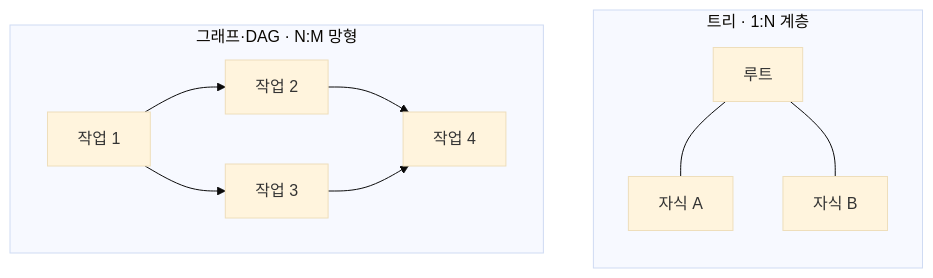
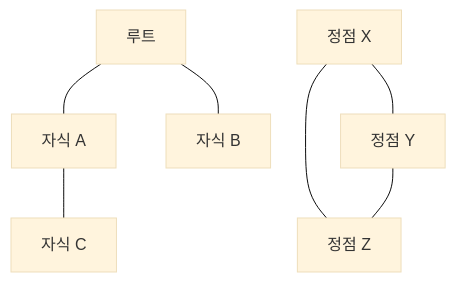
One commit to agnusdei1207/study changed the first of 2 diagrams in src/content/docs/notes/itpe/02-software-engineering/052_non_linear_structure.md. Above: the diagram before and after it, drawn with Mermaid (base theme). The commit also changed other lines of this file and 31 other files, not shown here.

Commit message:
docs(itpe): correct software engineering architecture and test notes

````diff
--- a/src/content/docs/notes/itpe/02-software-engineering/052_non_linear_structure.md
+++ b/src/content/docs/notes/itpe/02-software-engineering/052_non_linear_structure.md
@@ -64,15 +64,9 @@
 ```mermaid
-flowchart TB
-    subgraph TREE["트리 · 1:N 계층"]
-        direction TB
-        R["루트"] --- A["자식 A"]
-        R --- B["자식 B"]
-    end
-    subgraph GRAPH["그래프·DAG · N:M 망형"]
-        direction LR
-        T1["작업 1"] --> T2["작업 2"]
-        T1 --> T3["작업 3"]
-        T2 --> T4["작업 4"]
-        T3 --> T4
-    end
+flowchart TD
+    R["루트"] --- A["자식 A"]
+    R --- B["자식 B"]
+    A --- C["자식 C"]
+    X["정점 X"] --- Y["정점 Y"]
+    X --- Z["정점 Z"]
+    Y --- Z
 ```
````
